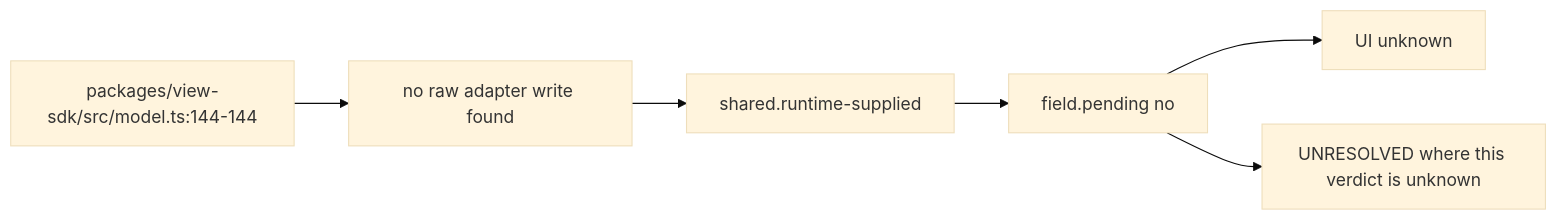
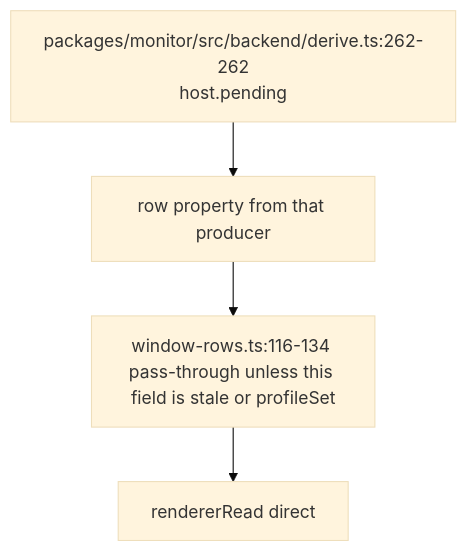
The diagram in audit/godview/evidence/acp/pending.mmd (vibefield/vibefield), drawn with Mermaid (base theme) before and after one commit. The commit also changed 1665 other files, not shown here.

```diff
--- a/audit/godview/evidence/acp/pending.mmd
+++ b/audit/godview/evidence/acp/pending.mmd
@@ -1,13 +1,9 @@
-%% graph_ref: shared.runtime-supplied
-%% adapter: acp
 %% field: field.pending
-%% forensic: source-read at 748d015; not a live sample
-flowchart LR
-  src["packages/view-sdk/src/model.ts:144-144"]
-  raw["no raw adapter write found"]
-  shared["shared.runtime-supplied"]
-  row["field.pending no"]
-  ui["UI unknown"]
-  src --> raw --> shared --> row --> ui
-  open["UNRESOLVED where this verdict is unknown"]
-  row --> open
+%% sourceScope: host-supplied
+%% staticPresence: host-dependent
+%% liveObserved: false
+flowchart TD
+  producer["packages/monitor/src/backend/derive.ts:262-262\nhost.pending"]
+  producer --> row["row property from that producer"]
+  row --> window["window-rows.ts:116-134 pass-through unless this field is stale or profileSet"]
+  window --> reader["rendererRead direct"]
```
